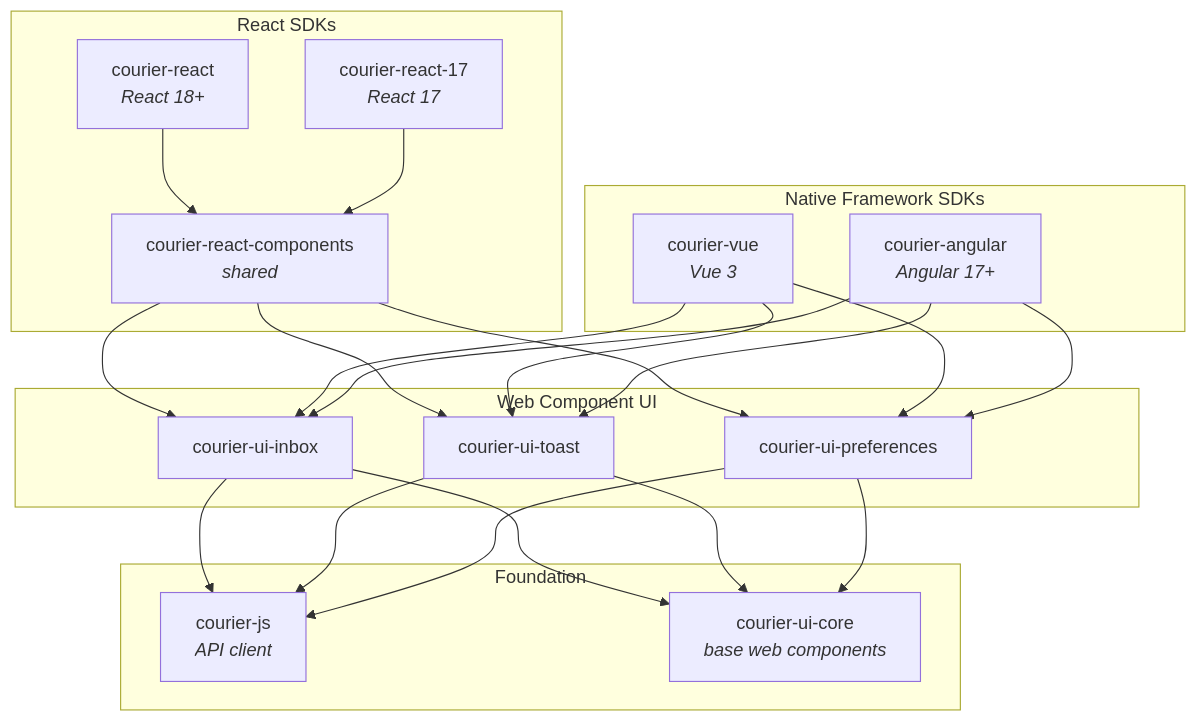
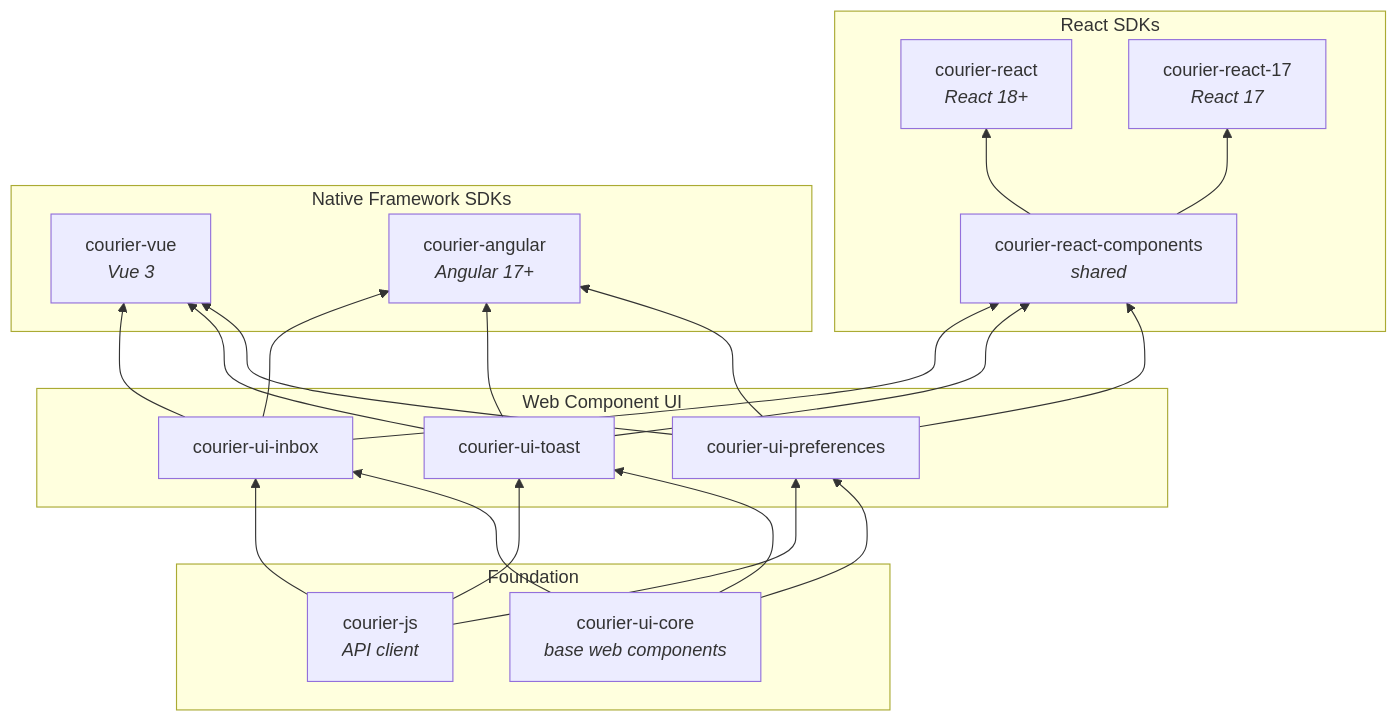
Before and after one commit to trycourier/courier-web: the diagram in README.md, drawn with Mermaid.

Commit message:
docs: fix architecture diagram flow direction (#200)
Reverse the mermaid edges and switch to graph BT so the flow reads
bottom-up: from the courier-js / courier-ui-core foundation, up through
the web-component UI layer, to the React and native framework SDKs.

````diff
--- a/README.md
+++ b/README.md
@@ -62,35 +62,31 @@
 ```mermaid
-graph TD
+graph BT
     subgraph foundation["Foundation"]
         js["courier-js<br/><i>API client</i>"]
         core["courier-ui-core<br/><i>base web components</i>"]
     end
 
     subgraph webcomponents["Web Component UI"]
         inbox["courier-ui-inbox"]
         toast["courier-ui-toast"]
         prefs["courier-ui-preferences"]
     end
 
     subgraph reactsdks["React SDKs"]
         rc["courier-react-components<br/><i>shared</i>"]
         r18["courier-react<br/><i>React 18+</i>"]
         r17["courier-react-17<br/><i>React 17</i>"]
     end
 
     subgraph nativesdks["Native Framework SDKs"]
         vue["courier-vue<br/><i>Vue 3</i>"]
         ng["courier-angular<br/><i>Angular 17+</i>"]
     end
 
-    inbox --> js & core
-    toast --> js & core
-    prefs --> js & core
+    js & core --> inbox & toast & prefs
 
-    rc --> inbox & toast & prefs
-    r18 --> rc
-    r17 --> rc
+    inbox & toast & prefs --> rc
+    rc --> r18 & r17
 
-    vue --> inbox & toast & prefs
-    ng --> inbox & toast & prefs
+    inbox & toast & prefs --> vue & ng
 ```
````
